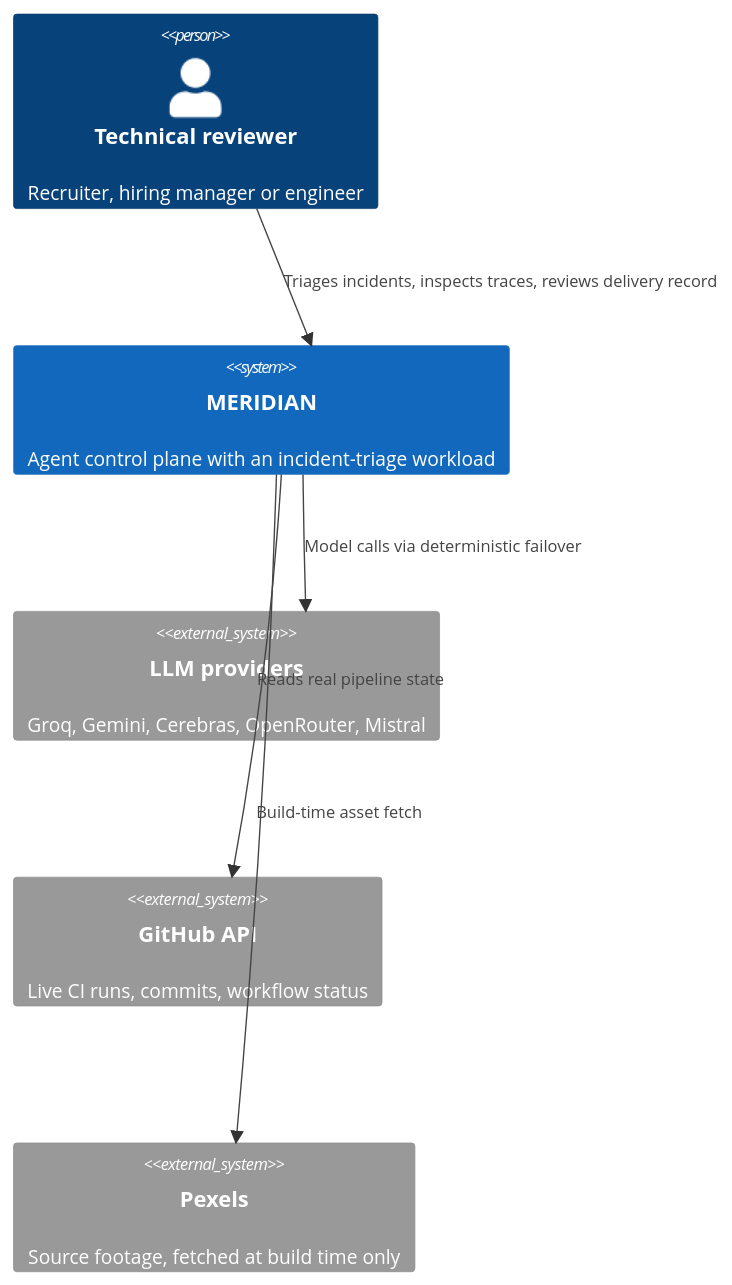
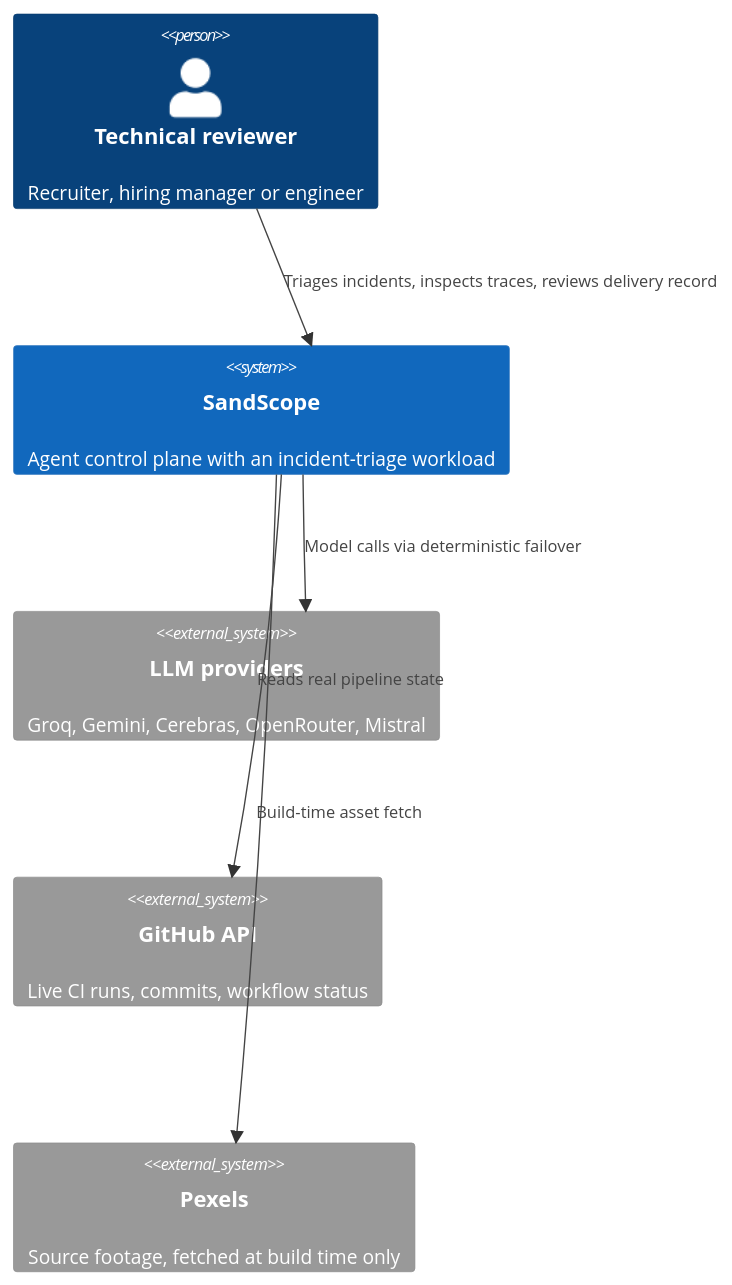
One commit to 224Sand/meridian changed the first of 5 diagrams in docs/03-architecture/TECH_SPEC.md. Above: the diagram before and after it, drawn with Mermaid. The commit also changed other lines of this file and 124 other files, not shown here.

````diff
--- a/docs/03-architecture/TECH_SPEC.md
+++ b/docs/03-architecture/TECH_SPEC.md
@@ -12,12 +12,12 @@
 ```mermaid
 C4Context
   Person(visitor, "Technical reviewer", "Recruiter, hiring manager or engineer")
-  System(meridian, "MERIDIAN", "Agent control plane with an incident-triage workload")
+  System(sandscope, "SandScope", "Agent control plane with an incident-triage workload")
   System_Ext(providers, "LLM providers", "Groq, Gemini, Cerebras, OpenRouter, Mistral")
   System_Ext(github, "GitHub API", "Live CI runs, commits, workflow status")
   System_Ext(pexels, "Pexels", "Source footage, fetched at build time only")
-  Rel(visitor, meridian, "Triages incidents, inspects traces, reviews delivery record")
-  Rel(meridian, providers, "Model calls via deterministic failover")
-  Rel(meridian, github, "Reads real pipeline state")
-  Rel(meridian, pexels, "Build-time asset fetch")
+  Rel(visitor, sandscope, "Triages incidents, inspects traces, reviews delivery record")
+  Rel(sandscope, providers, "Model calls via deterministic failover")
+  Rel(sandscope, github, "Reads real pipeline state")
+  Rel(sandscope, pexels, "Build-time asset fetch")
 ```
````
